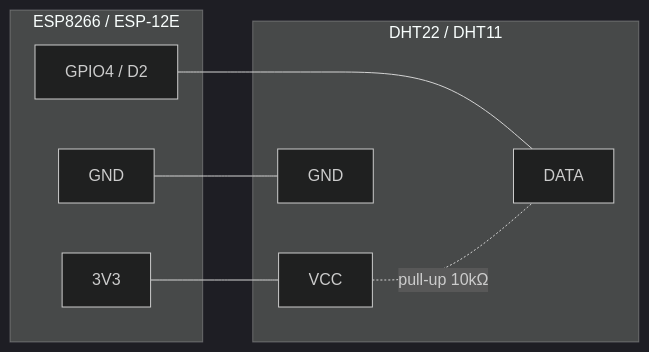
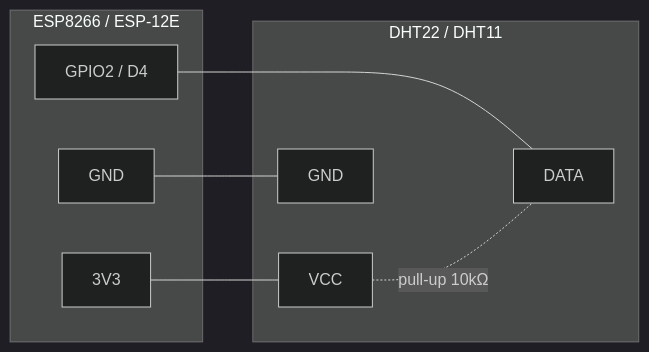
One commit to Enzobu/MSPR-TPRE-814 changed the diagram in docs/iot/hardware.md. Above: the diagram before and after it, drawn with Mermaid (dark theme). The commit also changed other lines of this file and 2 other files, not shown here.

````diff
--- a/docs/iot/hardware.md
+++ b/docs/iot/hardware.md
@@ -38,17 +38,17 @@
 ```mermaid
 flowchart LR
     subgraph ESP[ESP8266 / ESP-12E]
         V3[3V3]
         G[GND]
-        D2[GPIO4 / D2]
+        D4[GPIO2 / D4]
     end
     subgraph DHT[DHT22 / DHT11]
         VCC[VCC]
         DATA[DATA]
         GND[GND]
     end
     V3 --- VCC
     G --- GND
-    D2 --- DATA
+    D4 --- DATA
     VCC -. "pull-up 10kΩ" .- DATA
 ```
````
